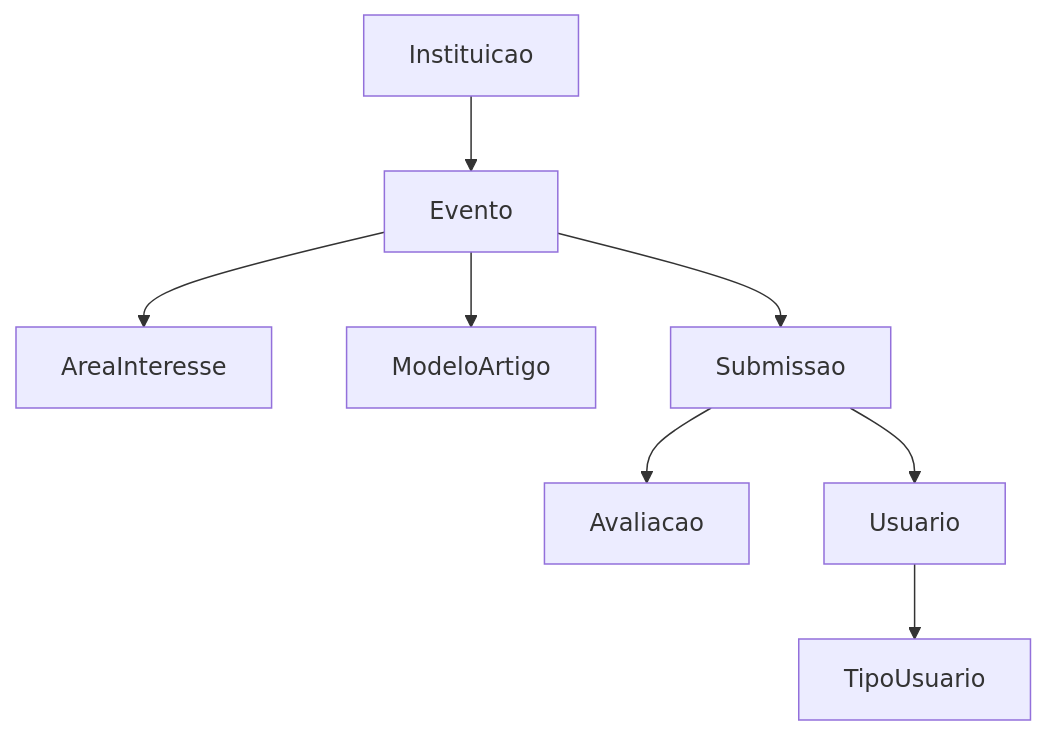
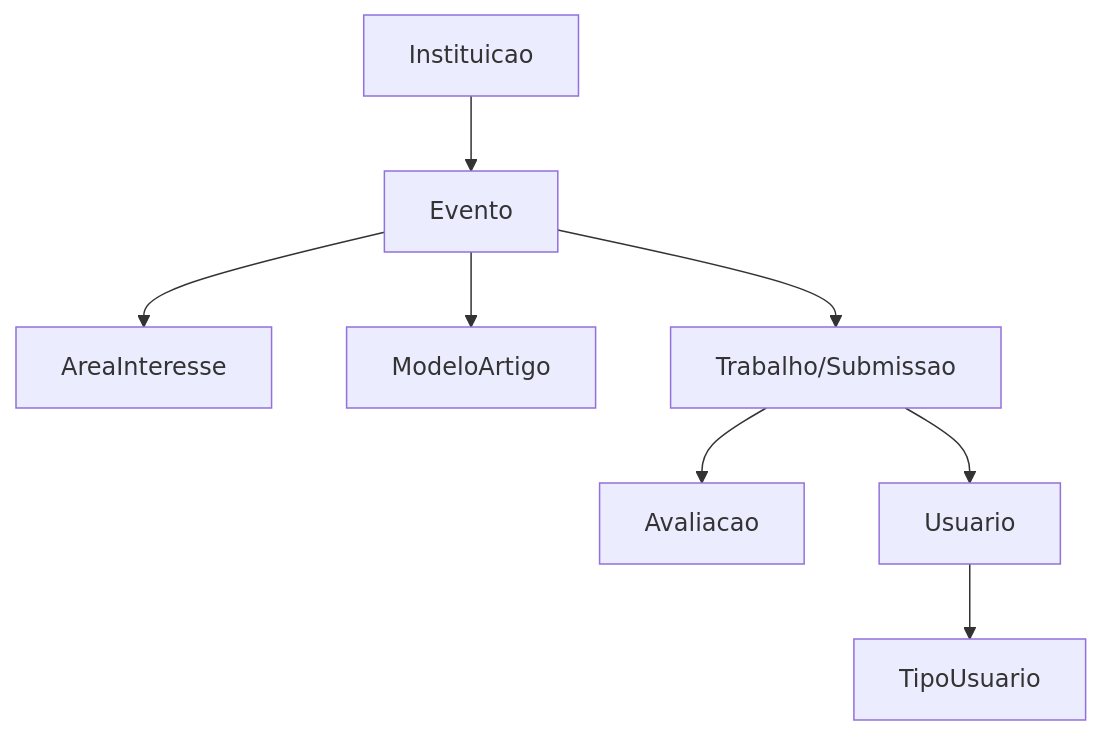
The diagram in 00 - Aulas/Aula 24.03.2025.md (ericmds/ProjetoBancoDeDados), drawn with Mermaid before and after one commit.

Commit message:
Update Aula 24.03.2025.md

````diff
--- a/00 - Aulas/Aula 24.03.2025.md
+++ b/00 - Aulas/Aula 24.03.2025.md
@@ -61,10 +61,10 @@
 ```mermaid
 graph TD;
     Instituicao-->Evento;
     Evento-->AreaInteresse;
     Evento-->ModeloArtigo;
-    Evento-->Submissao;
-    Submissao-->Avaliacao;
-    Submissao-->Usuario;
+    Evento-->Trabalho/Submissao;
+    Trabalho/Submissao-->Avaliacao;
+    Trabalho/Submissao-->Usuario;
     Usuario-->TipoUsuario;
 ```
````
